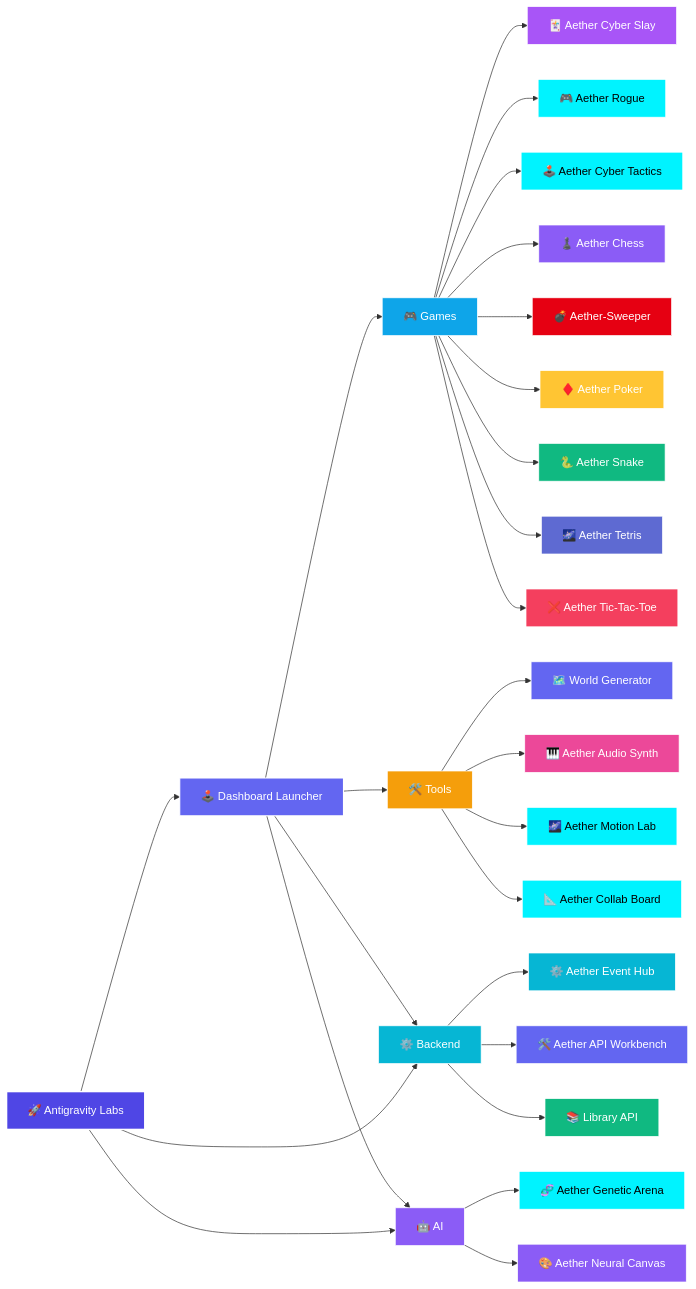
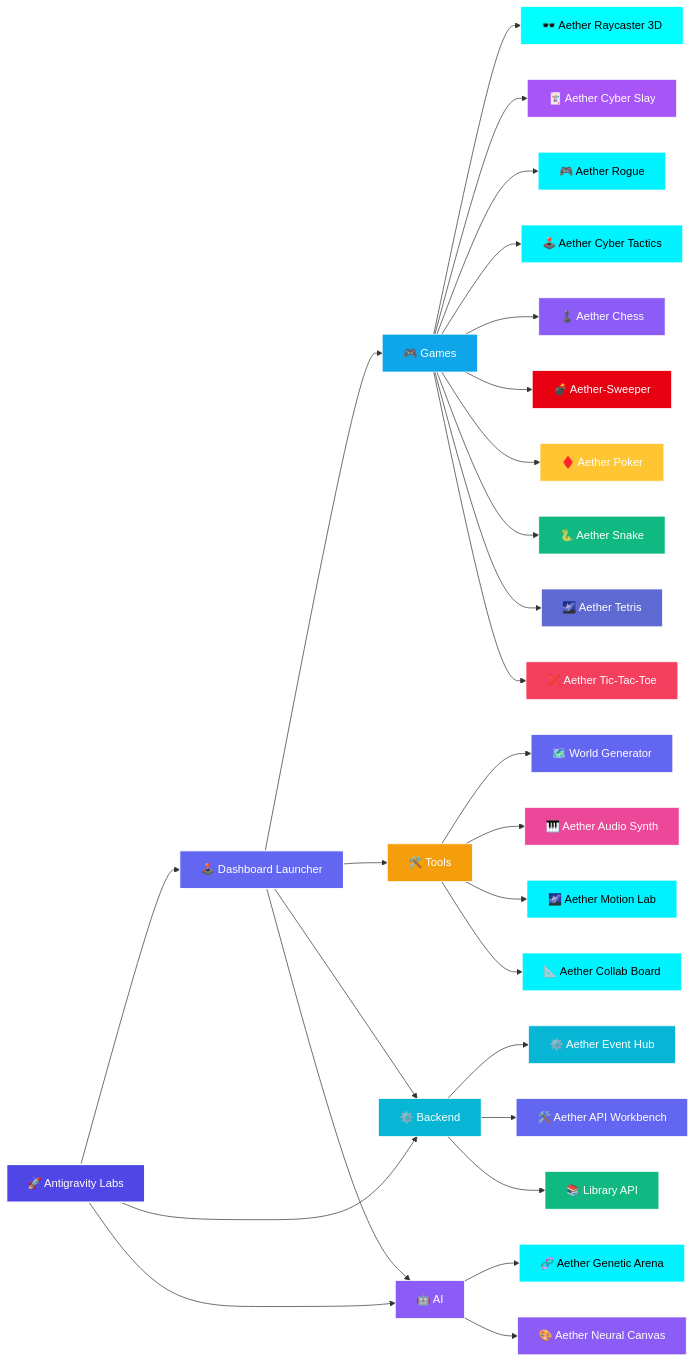
The diagram in README.md (Leturnos/antigravity-labs), drawn with Mermaid before and after one commit. The commit also changed other lines of this file and 4 other files, not shown here.

Commit message:
feat(launcher): integrate aether raycaster 3d into central launcher and score routes

````diff
--- a/README.md
+++ b/README.md
@@ -43,61 +44,63 @@
 ```mermaid
 flowchart LR
     Root["🚀 Antigravity Labs"]
     Launcher["🕹️ Dashboard Launcher"]
 
     Root --> Launcher
     Root --> Backend["⚙️ Backend"]
     Root --> AI["🤖 AI"]
 
     Launcher --> Games["🎮 Games"]
     Launcher --> Tools["🛠️ Tools"]
     Launcher --> AI["🤖 AI"]
     Launcher --> Backend["⚙️ Backend"]
 
+    Games --> Raycaster["🕶️ Aether Raycaster 3D"]
     Games --> CyberSlay["🃏 Aether Cyber Slay"]
     Games --> Rogue["🎮 Aether Rogue"]
     Games --> Tactics["🕹️ Aether Cyber Tactics"]
     Games --> Chess["♟️ Aether Chess"]
     Games --> Sweeper["💣 Aether-Sweeper"]
     Games --> Poker["♦️ Aether Poker"]
     Games --> Snake["🐍 Aether Snake"]
     Games --> Tetris["🌌 Aether Tetris"]
     Games --> TicTacToe["❌ Aether Tic-Tac-Toe"]
 
     Backend --> EventHub["⚙️ Aether Event Hub"]
     Backend --> APIWorkbench["🛠️ Aether API Workbench"]
     Backend --> LibraryAPI["📚 Library API"]
     
     Tools --> WorldGen["🗺️ World Generator"]
     Tools --> AudioSynth["🎹 Aether Audio Synth"]
     Tools --> MotionLab["🌌 Aether Motion Lab"]
     Tools --> CollabBoard["📐 Aether Collab Board"]
 
     AI --> GeneticArena["🧬 Aether Genetic Arena"]
     AI --> NeuralCanvas["🎨 Aether Neural Canvas"]
 
     style Root fill:#4f46e5,stroke:#fff,stroke-width:2px,color:#fff
     style Launcher fill:#6366f1,stroke:#fff,stroke-width:1.5px,color:#fff
     style Games fill:#0ea5e9,stroke:#fff,stroke-width:1px,color:#fff
     style Backend fill:#06b6d4,stroke:#fff,stroke-width:1px,color:#fff
     style AI fill:#8b5cf6,stroke:#fff,stroke-width:1px,color:#fff
     style Tools fill:#f59e0b,stroke:#fff,stroke-width:1px,color:#fff
+    style Raycaster fill:#00ffff,stroke:#fff,stroke-width:1px,color:#000
     style CyberSlay fill:#a855f7,stroke:#fff,stroke-width:1px,color:#fff
     style Rogue fill:#00f3ff,stroke:#fff,stroke-width:1px,color:#000
     style Tactics fill:#00f3ff,stroke:#fff,stroke-width:1px,color:#000
     style Chess fill:#8b5cf6,stroke:#fff,stroke-width:1px,color:#fff
     style Sweeper fill:#e60012,stroke:#fff,stroke-width:1px,color:#fff
     style Poker fill:#ffc533,stroke:#fff,stroke-width:1px,color:#fff
     style Snake fill:#10b981,stroke:#fff,stroke-width:1px,color:#fff
     style Tetris fill:#5e6ad2,stroke:#fff,stroke-width:1px,color:#fff
     style TicTacToe fill:#f43f5e,stroke:#fff,stroke-width:1px,color:#fff
     style EventHub fill:#06b6d4,stroke:#fff,stroke-width:1px,color:#fff
     style APIWorkbench fill:#6366f1,stroke:#fff,stroke-width:1px,color:#fff
     style LibraryAPI fill:#10b981,stroke:#fff,stroke-width:1px,color:#fff
     style WorldGen fill:#6366f1,stroke:#fff,stroke-width:1px,color:#fff
     style AudioSynth fill:#ec4899,stroke:#fff,stroke-width:1px,color:#fff
     style MotionLab fill:#00f2fe,stroke:#fff,stroke-width:1px,color:#000
     style CollabBoard fill:#00f3ff,stroke:#fff,stroke-width:1px,color:#000
     style GeneticArena fill:#00f3ff,stroke:#fff,stroke-width:1px,color:#000
     style NeuralCanvas fill:#8b5cf6,stroke:#fff,stroke-width:1px,color:#fff
 ```
````
